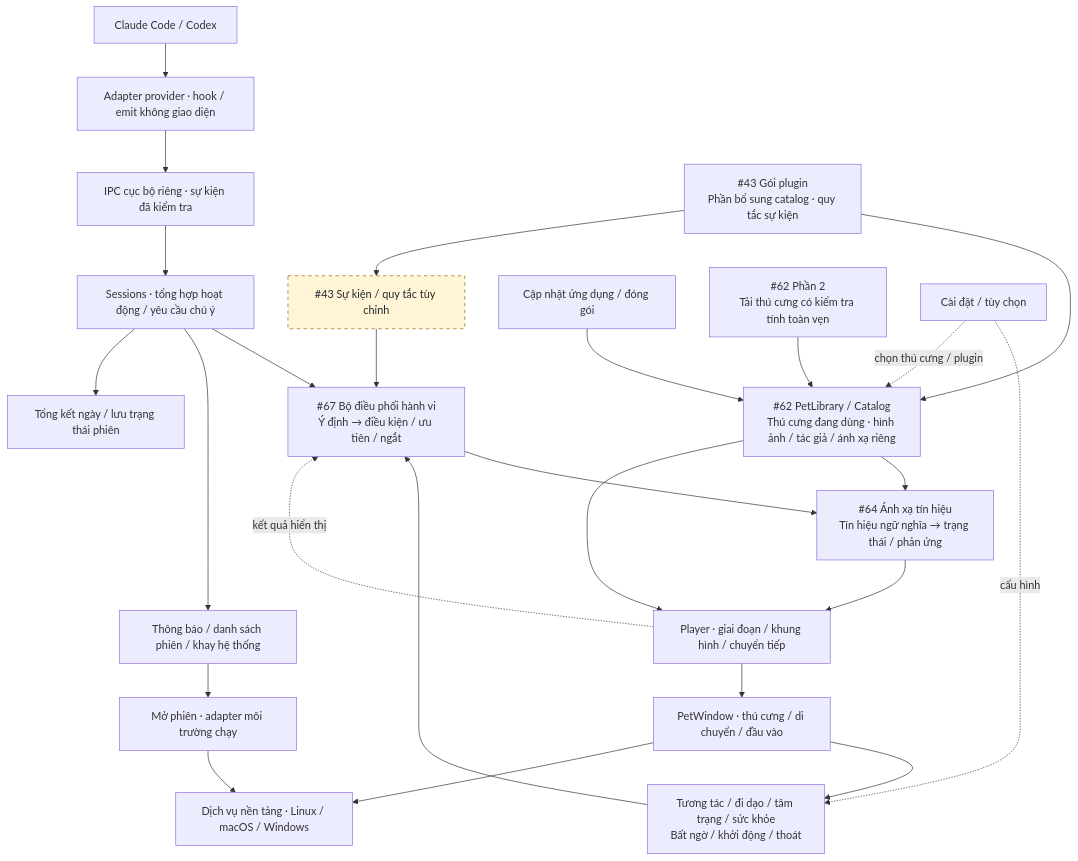
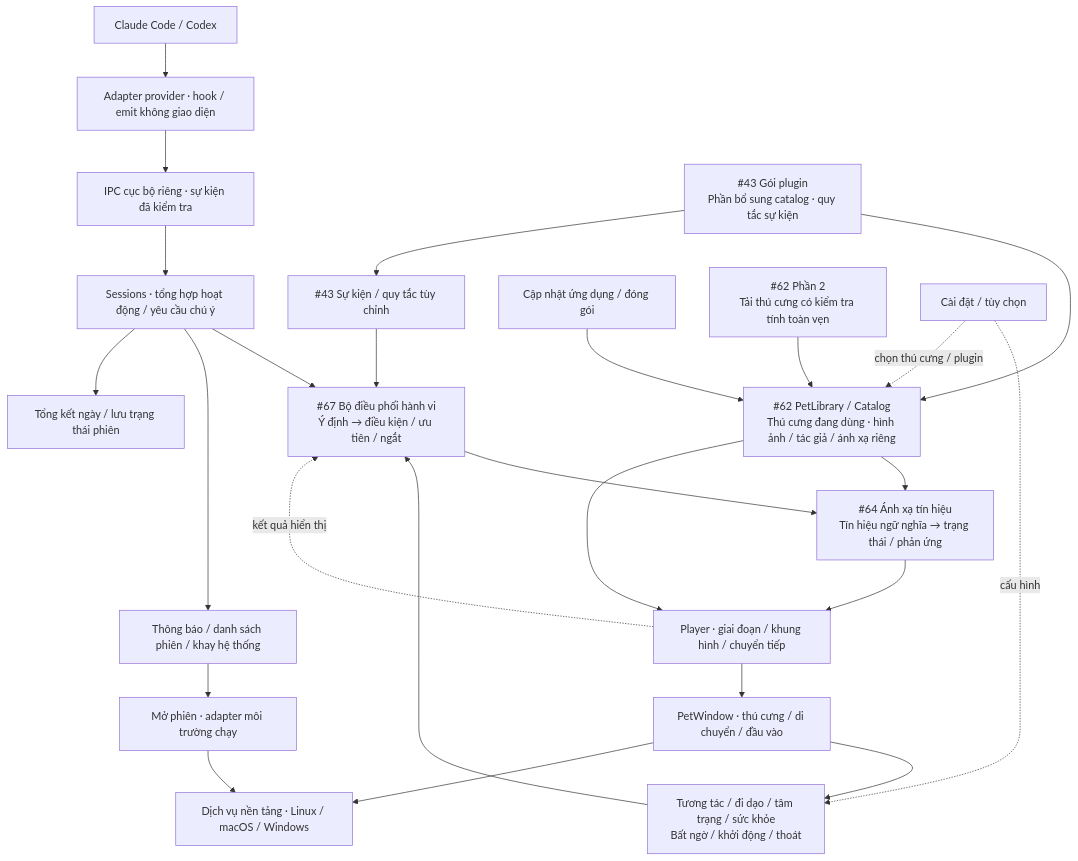
One commit to WindyWin/vpet-agent-pet changed the first of 2 diagrams in README.vi.md. Above: the diagram before and after it, drawn with Mermaid. The commit also changed 4 other files, not shown here.

````diff
--- a/README.vi.md
+++ b/README.vi.md
@@ -219,32 +219,31 @@
 ```mermaid
 flowchart TB
   agents["Claude Code / Codex"] --> input["Adapter provider · hook / emit không giao diện"]
   input --> ipc["IPC cục bộ riêng · sự kiện đã kiểm tra"]
   ipc --> sessions["Sessions · tổng hợp hoạt động / yêu cầu chú ý"]
   sessions --> runtime["#67 Bộ điều phối hành vi<br/>Ý định → điều kiện / ưu tiên / ngắt"]
   life["Tương tác / đi dạo / tâm trạng / sức khỏe<br/>Bất ngờ / khởi động / thoát"] --> runtime
   custom["#43 Sự kiện / quy tắc tùy chỉnh"] --> runtime
   runtime --> cues["#64 Ánh xạ tín hiệu<br/>Tín hiệu ngữ nghĩa → trạng thái / phản ứng"]
   cues --> player["Player · giai đoạn / khung hình / chuyển tiếp"]
   player --> window["PetWindow · thú cưng / di chuyển / đầu vào"]
   player -. kết quả hiển thị .-> runtime
   window --> life
 
   sessions --> alerts["Thông báo / danh sách phiên / khay hệ thống"]
   alerts --> focus["Mở phiên · adapter môi trường chạy"]
   focus --> platform["Dịch vụ nền tảng · Linux / macOS / Windows"]
   window --> platform
   sessions --> recap["Tổng kết ngày / lưu trạng thái phiên"]
 
   packs["#62 PetLibrary / Catalog<br/>Thú cưng đang dùng · hình ảnh / tác giả / ánh xạ riêng"] --> cues
   packs --> player
   plugins["#43 Gói plugin<br/>Phần bổ sung catalog · quy tắc sự kiện"] --> packs
   plugins --> custom
   updates["Cập nhật ứng dụng / đóng gói"] --> packs
   downloads["#62 Phần 2<br/>Tải thú cưng có kiểm tra tính toàn vẹn"] --> packs
   settings["Cài đặt / tùy chọn"] -. cấu hình .-> life
   settings -. chọn thú cưng / plugin .-> packs
 
   classDef planned fill:#fff4d6,stroke:#9a6700,stroke-dasharray:5 5,color:#24292f
-  class custom planned
 ```
````
